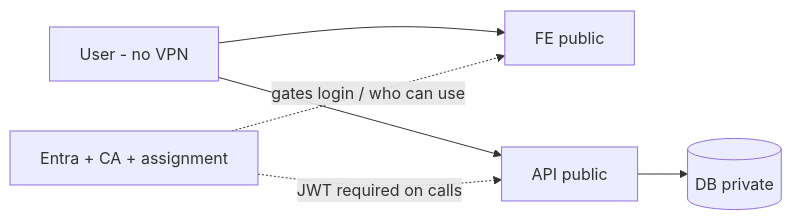
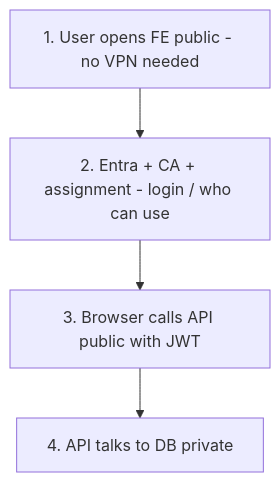
One commit to shashankdkte/dev-drop changed the second of 8 diagrams in sakura-v2/public/fe1.md. Above: the diagram before and after it, drawn with Mermaid. The commit also changed other lines of this file, not shown here.

````diff
--- a/sakura-v2/public/fe1.md
+++ b/sakura-v2/public/fe1.md
@@ -26,8 +26,7 @@
 ```mermaid
-flowchart LR
-  U[User - no VPN] --> FE[FE public]
-  U --> API[API public]
-  API --> DB[(DB private)]
-  Auth[Entra + CA + assignment] -.->|gates login / who can use| FE
-  Auth -.->|JWT required on calls| API
+flowchart TB
+  S1[1. User opens FE public - no VPN needed]
+  S1 --> S2[2. Entra + CA + assignment - login / who can use]
+  S2 --> S3[3. Browser calls API public with JWT]
+  S3 --> S4[4. API talks to DB private]
 ```
````
